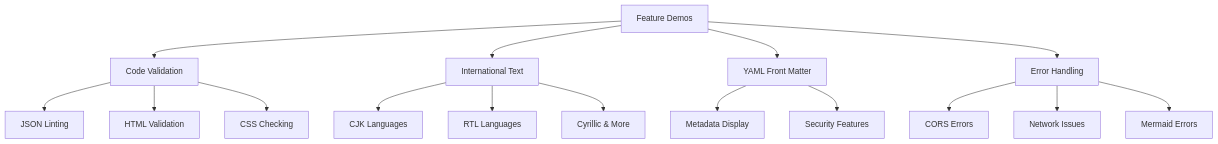
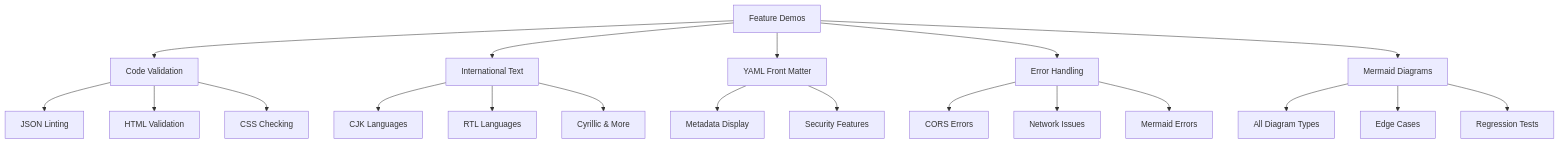
Before and after one commit to mickdarling/merdown: the diagram in docs/demos/index.md, drawn with Mermaid. The commit also changed other lines of this file and 3 other files, not shown here.

First line of the commit message:
fix: Add background to Mermaid edge labels to prevent strikethrough (#329)

````diff
--- a/docs/demos/index.md
+++ b/docs/demos/index.md
@@ -9,22 +9,27 @@
 ```mermaid
 graph TD
     A[Feature Demos] --> B[Code Validation]
     A --> C[International Text]
     A --> D[YAML Front Matter]
     A --> E[Error Handling]
+    A --> F[Mermaid Diagrams]
 
     B --> B1[JSON Linting]
     B --> B2[HTML Validation]
     B --> B3[CSS Checking]
 
     C --> C1[CJK Languages]
     C --> C2[RTL Languages]
     C --> C3[Cyrillic & More]
 
     D --> D1[Metadata Display]
     D --> D2[Security Features]
 
     E --> E1[CORS Errors]
     E --> E2[Network Issues]
     E --> E3[Mermaid Errors]
+
+    F --> F1[All Diagram Types]
+    F --> F2[Edge Cases]
+    F --> F3[Regression Tests]
 ```
````
